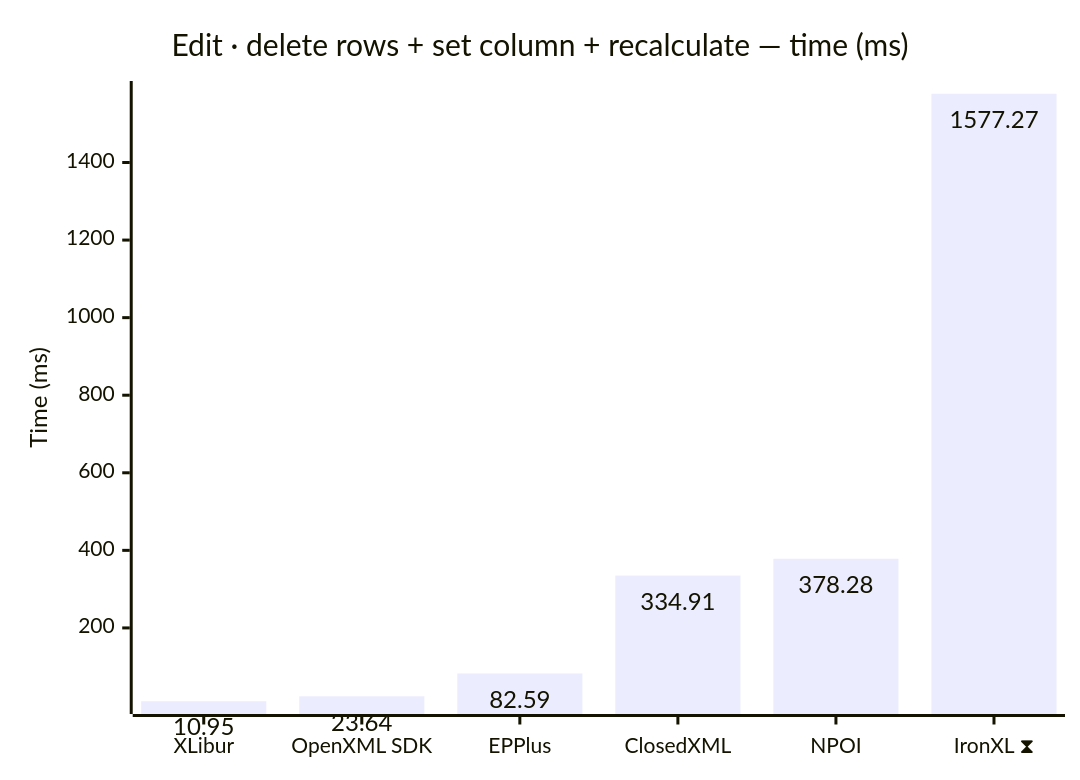
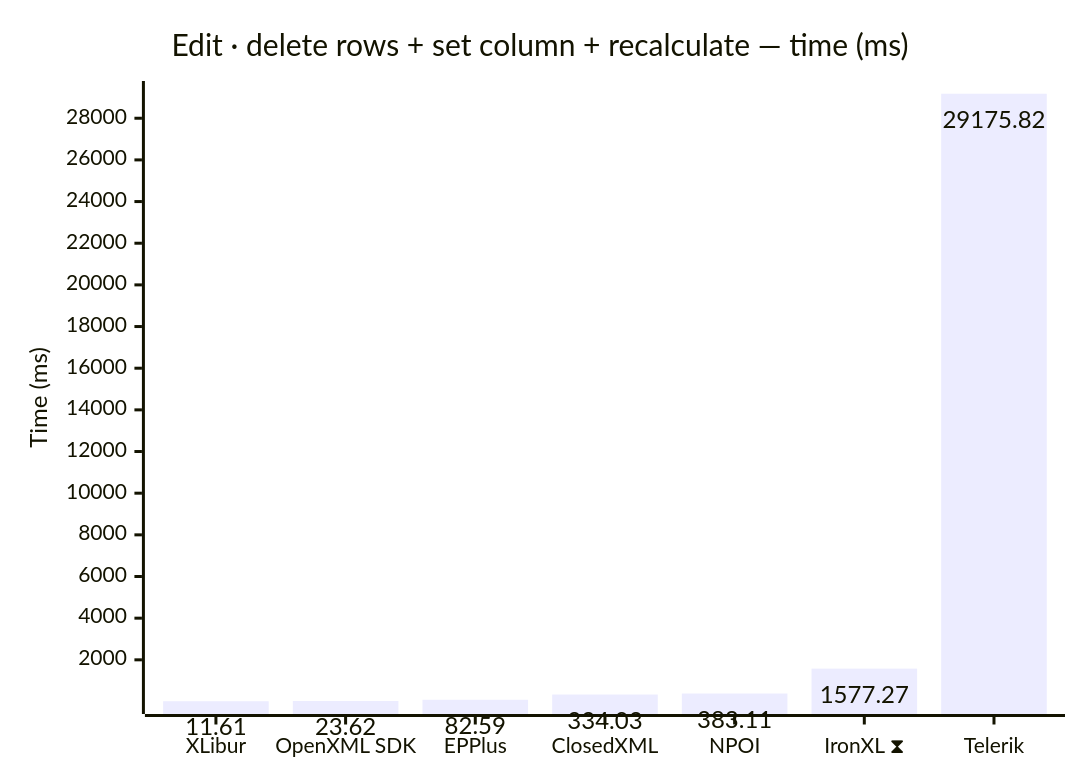
Before and after one commit to jafin/XLBench: the ninth of 12 diagrams in docs/results.md, drawn with Mermaid. The commit also changed other lines of this file and 3 other files, not shown here.

````diff
--- a/docs/results.md
+++ b/docs/results.md
@@ -143,12 +144,12 @@
 ```mermaid
 ---
 config:
   xyChart:
     showDataLabel: true
 ---
 xychart-beta
     title "Edit · delete rows + set column + recalculate — time (ms)"
-    x-axis ["XLibur", "OpenXML SDK", "EPPlus", "ClosedXML", "NPOI", "IronXL ⧗"]
+    x-axis ["XLibur", "OpenXML SDK", "EPPlus", "ClosedXML", "NPOI", "IronXL ⧗", "Telerik"]
     y-axis "Time (ms)"
-    bar [10.95, 23.64, 82.59, 334.91, 378.28, 1577.27]
+    bar [11.61, 23.62, 82.59, 334.03, 383.11, 1577.27, 29175.82]
 ```
````
